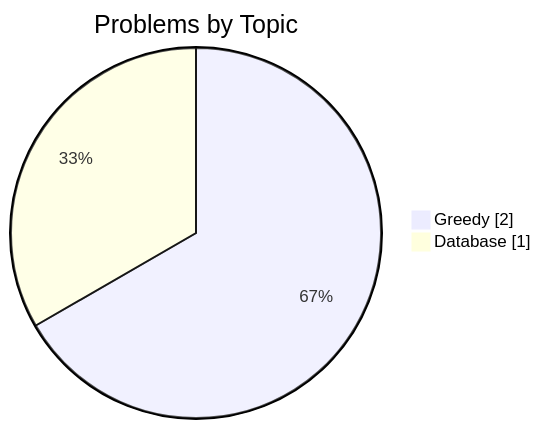
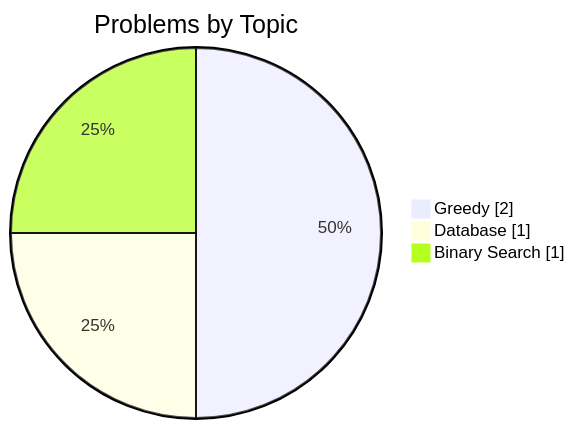
The second of 2 diagrams in README.md (samy-D5/Leetcode), drawn with Mermaid before and after one commit. The commit also changed other lines of this file, not shown here.

````diff
--- a/README.md
+++ b/README.md
@@ -27,5 +27,6 @@
 ```mermaid
 pie showData title Problems by Topic
     "Greedy" : 2
     "Database" : 1
+    "Binary Search" : 1
 ```
````
